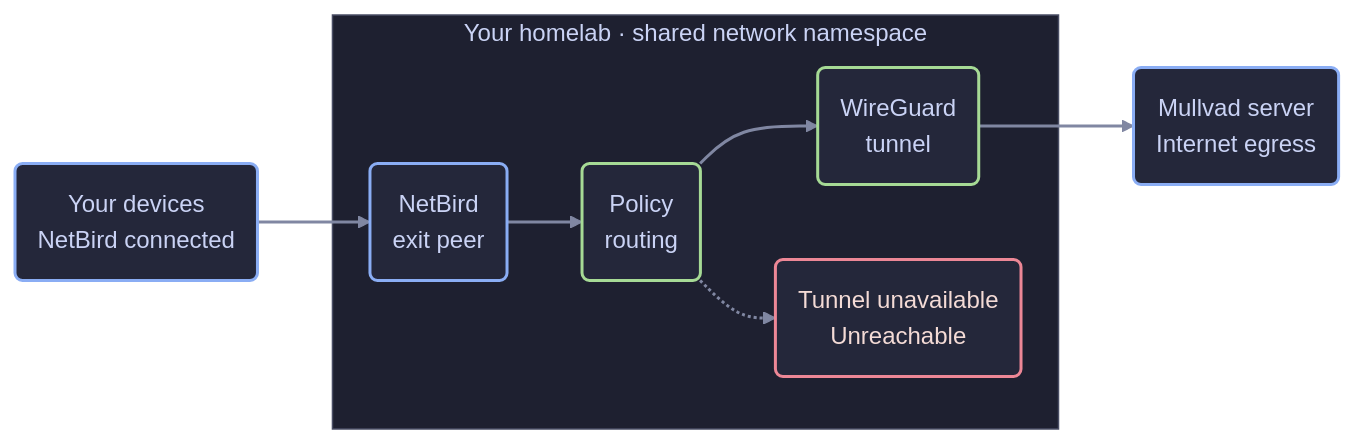
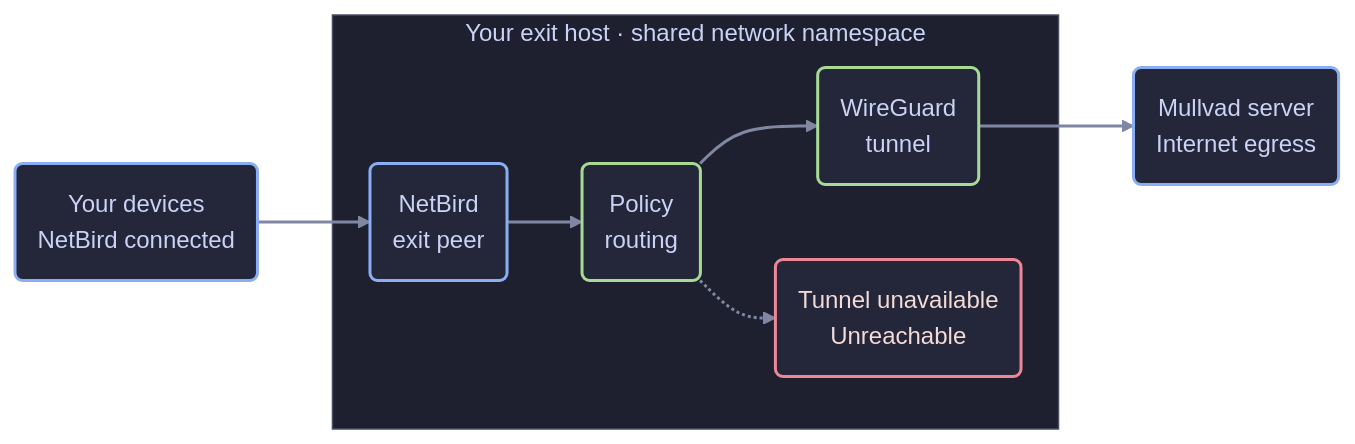
One commit to irashack/molebridge changed the diagram in README.md. Above: the diagram before and after it, drawn with Mermaid. The commit also changed other lines of this file and 10 other files, not shown here.

````diff
--- a/README.md
+++ b/README.md
@@ -39,27 +39,27 @@
 ```mermaid
 flowchart LR
     device("Your devices<br/>NetBird connected")
     mullvad("Mullvad server<br/>Internet egress")
 
-    subgraph host["Your homelab · shared network namespace"]
+    subgraph host["Your exit host · shared network namespace"]
         peer("NetBird<br/>exit peer")
         route("Policy<br/>routing")
         tunnel("WireGuard<br/>tunnel")
         blocked("Tunnel unavailable<br/>Unreachable")
         peer --> route
         route --> tunnel
         route -.-> blocked
     end
 
     device --> peer
     tunnel --> mullvad
 
     classDef endpoint fill:#24273a,stroke:#8aadf4,color:#cad3f5,stroke-width:2px
     classDef routing fill:#24273a,stroke:#a6da95,color:#cad3f5,stroke-width:2px
     classDef stopped fill:#24273a,stroke:#ed8796,color:#f4dbd6,stroke-width:2px
     class device,peer,mullvad endpoint
     class route,tunnel routing
     class blocked stopped
     style host fill:#1e2030,stroke:#494d64,color:#cad3f5
     linkStyle default stroke:#8087a2,stroke-width:2px
 ```
````
